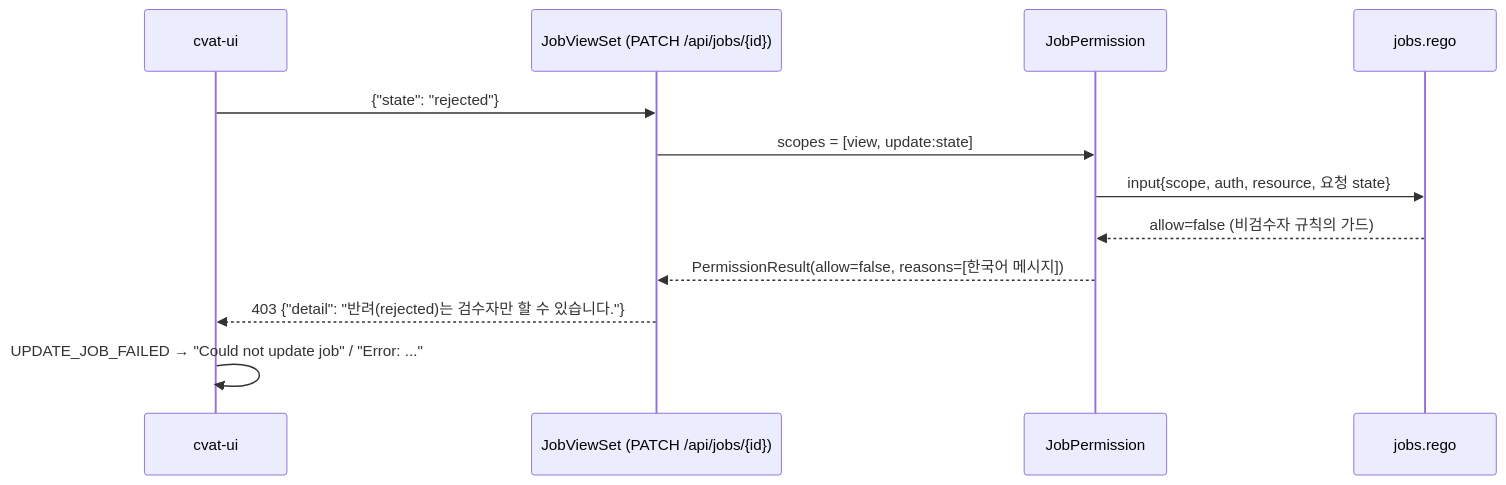
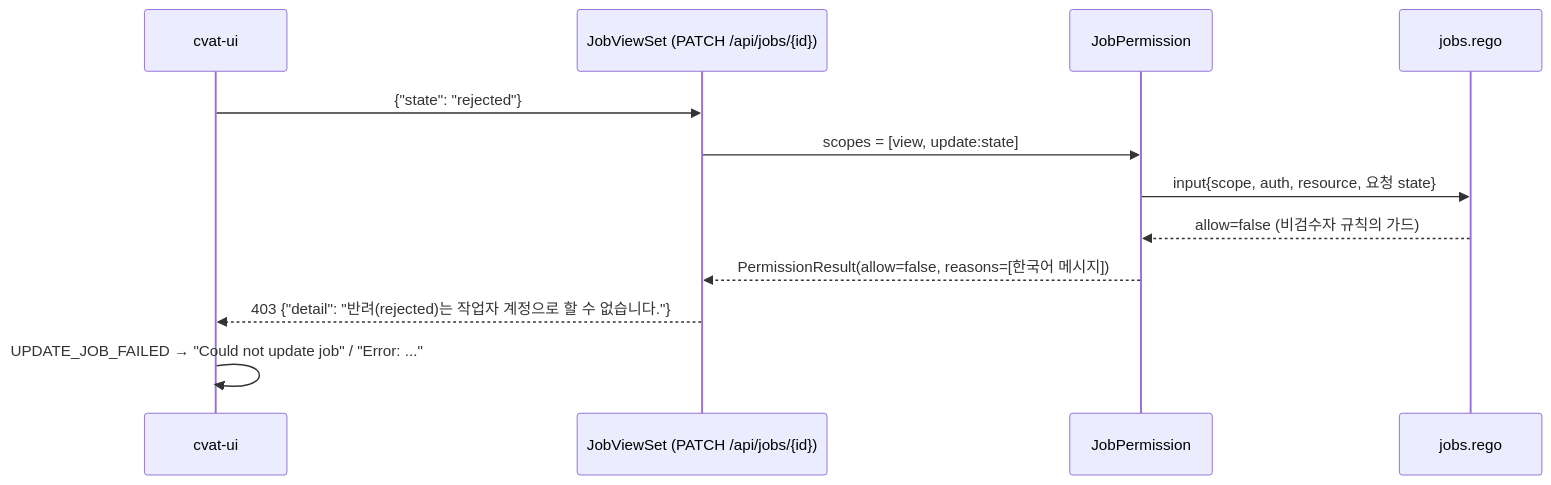
One commit to everex-ai/mlops-imagelab changed the diagram in docs/plans/2026-10-28-126-feat-reviewer-only-reject-plan.md. Above: the diagram before and after it, drawn with Mermaid. The commit also changed other lines of this file and 8 other files, not shown here.

````diff
--- a/docs/plans/2026-10-28-126-feat-reviewer-only-reject-plan.md
+++ b/docs/plans/2026-10-28-126-feat-reviewer-only-reject-plan.md
@@ -64,14 +64,14 @@
 ```mermaid
 sequenceDiagram
   participant UI as cvat-ui
   participant API as JobViewSet (PATCH /api/jobs/{id})
   participant P as JobPermission
   participant OPA as jobs.rego
   UI->>API: {"state": "rejected"}
   API->>P: scopes = [view, update:state]
   P->>OPA: input{scope, auth, resource, 요청 state}
   OPA-->>P: allow=false (비검수자 규칙의 가드)
   P-->>API: PermissionResult(allow=false, reasons=[한국어 메시지])
-  API-->>UI: 403 {"detail": "반려(rejected)는 검수자만 할 수 있습니다."}
+  API-->>UI: 403 {"detail": "반려(rejected)는 작업자 계정으로 할 수 없습니다."}
   UI->>UI: UPDATE_JOB_FAILED → "Could not update job" / "Error: ..."
 ```
````
